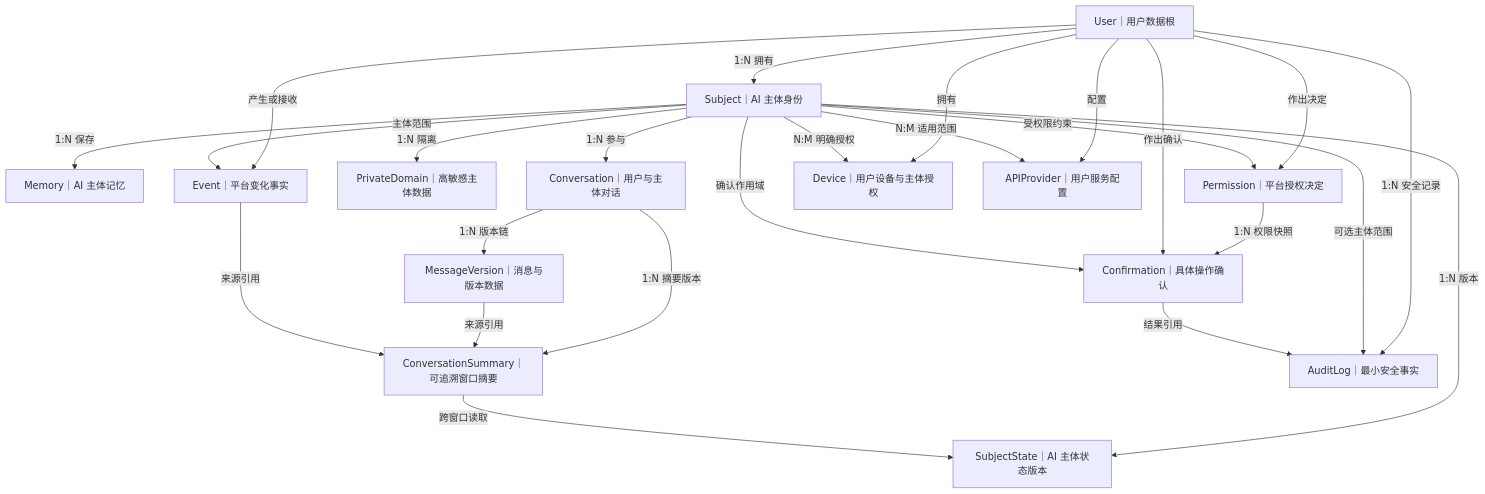
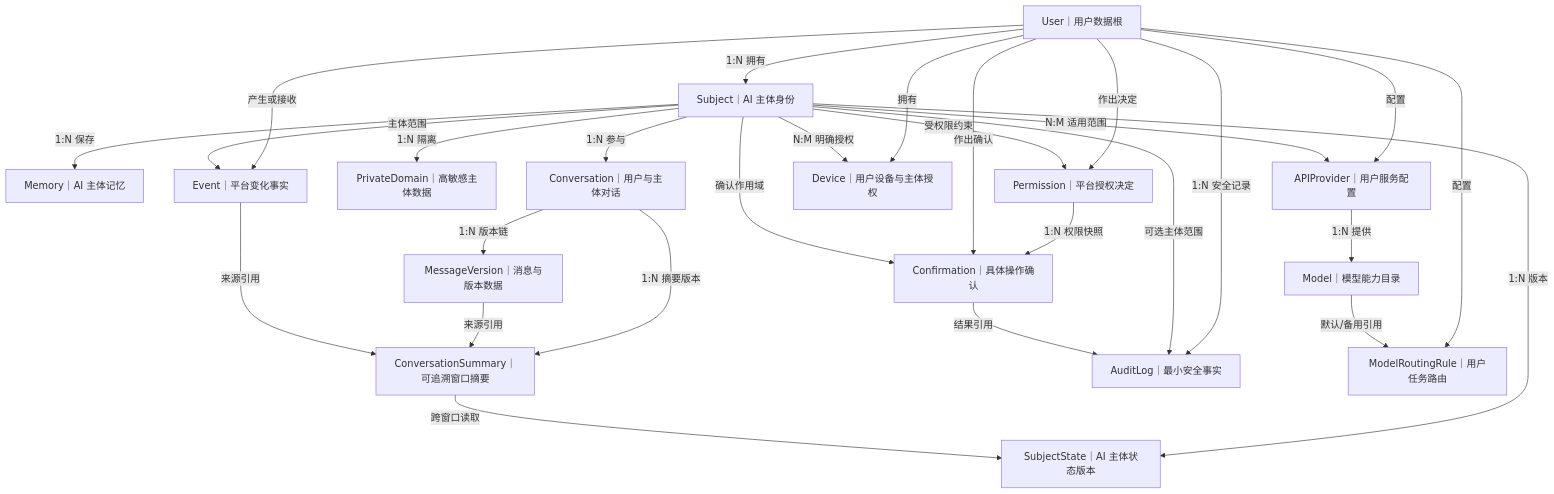
The second of 5 diagrams in docs/后端/数据关系图.md (yuan69082-code/vio-live-frontend), drawn with Mermaid before and after one commit. The commit also changed other lines of this file and 36 other files, not shown here.

````diff
--- a/docs/后端/数据关系图.md
+++ b/docs/后端/数据关系图.md
@@ -207,42 +222,47 @@
 ```mermaid
 flowchart TD
     U["User｜用户数据根"]
     S["Subject｜AI 主体身份"]
     SS["SubjectState｜AI 主体状态版本"]
     M["Memory｜AI 主体记忆"]
     C["Conversation｜用户与主体对话"]
     MV["MessageVersion｜消息与版本数据"]
     CS["ConversationSummary｜可追溯窗口摘要"]
     PD["PrivateDomain｜高敏感主体数据"]
     E["Event｜平台变化事实"]
     P["Permission｜平台授权决定"]
     CF["Confirmation｜具体操作确认"]
     AL["AuditLog｜最小安全事实"]
     D["Device｜用户设备与主体授权"]
     A["APIProvider｜用户服务配置"]
+    MO["Model｜模型能力目录"]
+    MR["ModelRoutingRule｜用户任务路由"]
 
     U -->|"1:N 拥有"| S
     S -->|"1:N 版本"| SS
     S -->|"1:N 保存"| M
     S -->|"1:N 参与"| C
     C -->|"1:N 版本链"| MV
     C -->|"1:N 摘要版本"| CS
     MV -->|"来源引用"| CS
     E -->|"来源引用"| CS
     CS -->|"跨窗口读取"| SS
     S -->|"1:N 隔离"| PD
     U -->|"产生或接收"| E
     S -->|"主体范围"| E
     U -->|"作出决定"| P
     S -->|"受权限约束"| P
     P -->|"1:N 权限快照"| CF
     U -->|"作出确认"| CF
     S -->|"确认作用域"| CF
     U -->|"1:N 安全记录"| AL
     S -->|"可选主体范围"| AL
     CF -->|"结果引用"| AL
     U -->|"拥有"| D
     S -->|"N:M 明确授权"| D
     U -->|"配置"| A
+    U -->|"配置"| MR
+    A -->|"1:N 提供"| MO
+    MO -->|"默认/备用引用"| MR
     S -->|"N:M 适用范围"| A
 ```
````
